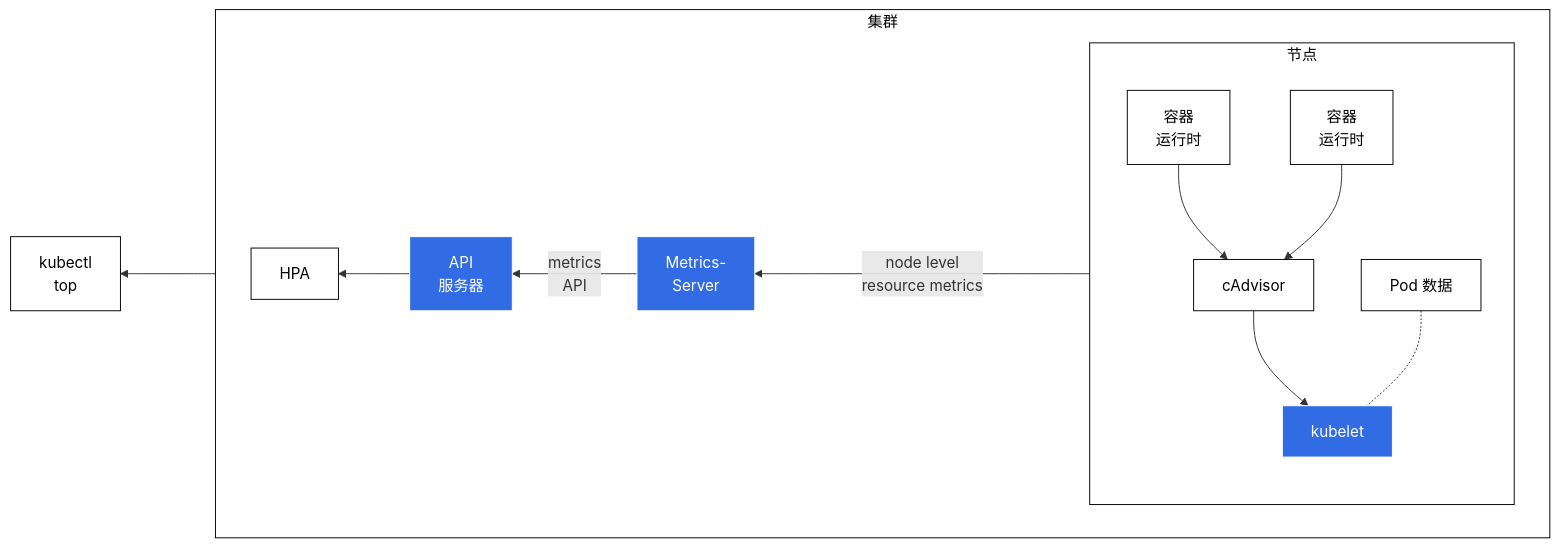
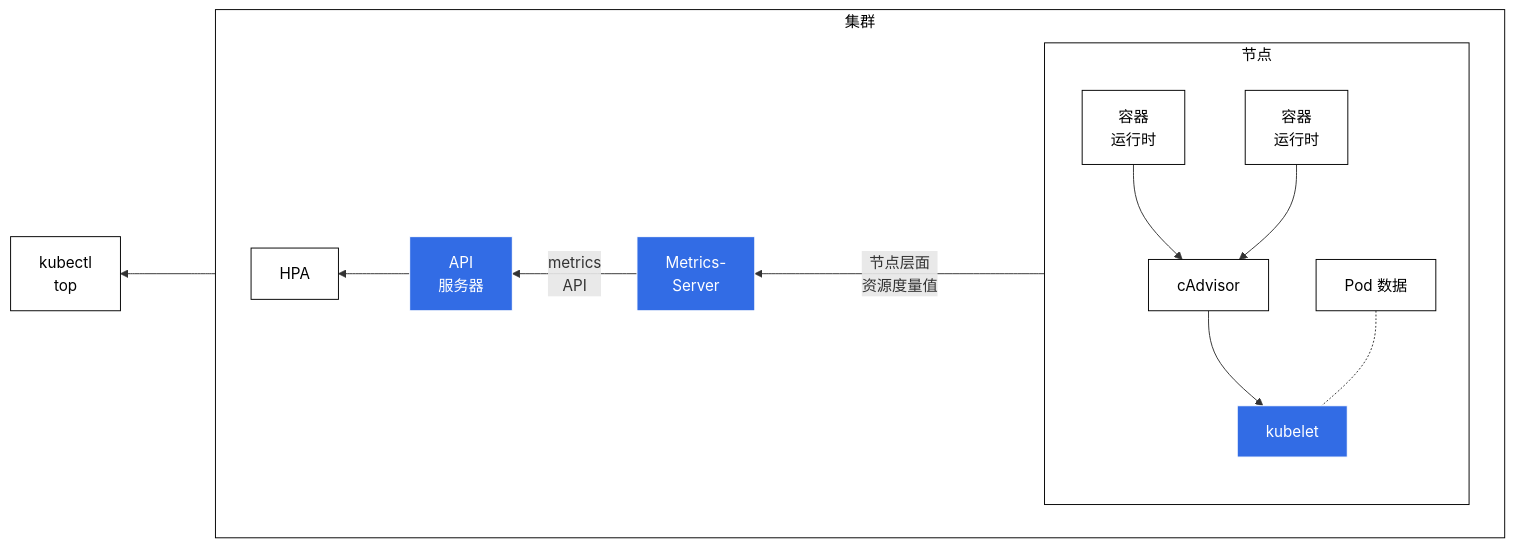
Before and after one commit to kubernetes/website: the diagram in content/zh-cn/docs/tasks/debug/debug-cluster/resource-metrics-pipeline.md, drawn with Mermaid.

```diff
--- a/content/zh-cn/docs/tasks/debug/debug-cluster/resource-metrics-pipeline.md
+++ b/content/zh-cn/docs/tasks/debug/debug-cluster/resource-metrics-pipeline.md
@@ -64,25 +64,25 @@
 {{< mermaid >}}
 flowchart RL
 subgraph cluster[集群]
 direction RL
 S[ <br><br> ]
 A[Metrics-<br>Server]
 subgraph B[节点]
 direction TB
 D[cAdvisor] --> C[kubelet]
 E[容器<br>运行时] --> D
 E1[容器<br>运行时] --> D
 P[Pod 数据] -.- C
 end
 L[API<br>服务器]
 W[HPA]
-C ---->|node level<br>resource metrics| A -->|metrics<br>API| L --> W
+C ---->|节点层面<br>资源度量值| A -->|metrics<br>API| L --> W
 end
 L ---> K[kubectl<br>top]
 classDef box fill:#fff,stroke:#000,stroke-width:1px,color:#000;
 class W,B,P,K,cluster,D,E,E1 box
 classDef spacewhite fill:#ffffff,stroke:#fff,stroke-width:0px,color:#000
 class S spacewhite
 classDef k8s fill:#326ce5,stroke:#fff,stroke-width:1px,color:#fff;
 class A,L,C k8s
 {{< /mermaid >}}
```
